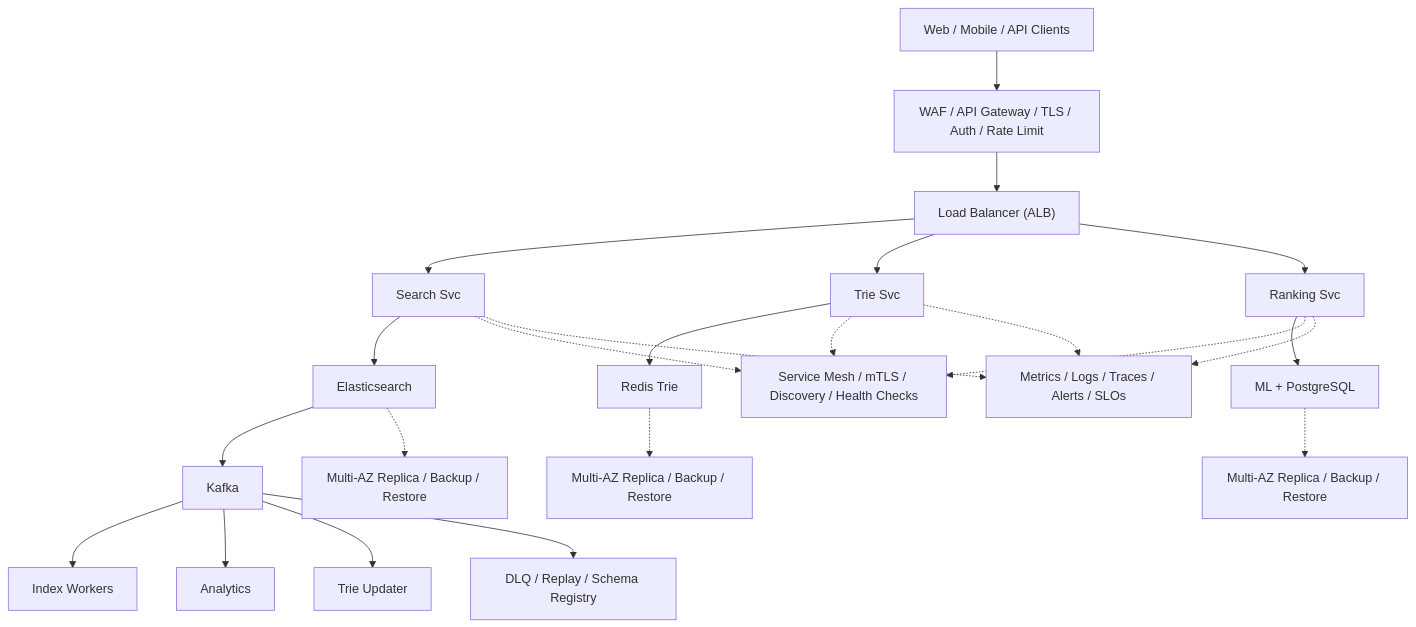
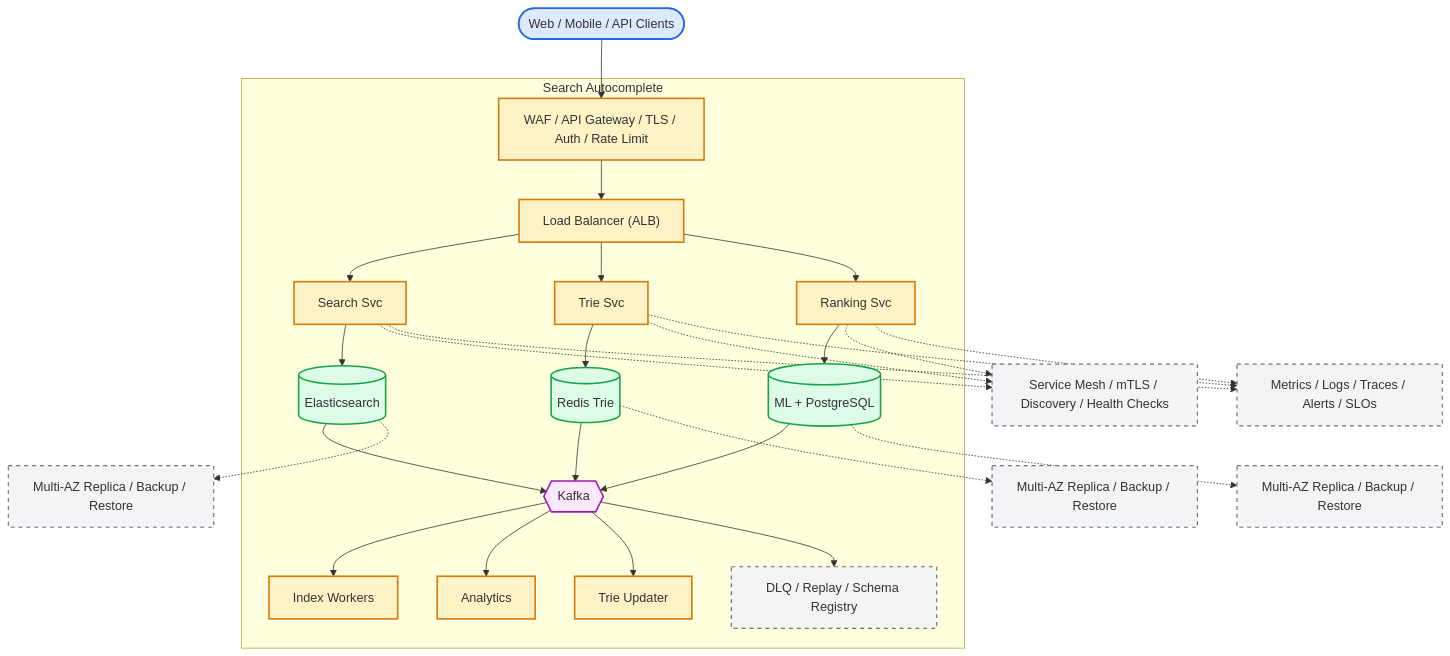
Before and after one commit to aishwary11/system-design: the diagram in system-design-search-autocomplete.md, drawn with Mermaid. The commit also changed other lines of this file and 36 other files, not shown here.

First line of the commit message:
Standardize all diagrams on C4-style Mermaid template

````diff
--- a/system-design-search-autocomplete.md
+++ b/system-design-search-autocomplete.md
@@ -44,25 +44,65 @@
 ```mermaid
 flowchart TB
-    clients["Web / Mobile / API Clients"] --> edge["WAF / API Gateway / TLS / Auth / Rate Limit"]
-    edge --> lb["Load Balancer (ALB)"]
-    lb --> svc0["Search Svc"]
-    lb --> svc1["Trie Svc"]
-    lb --> svc2["Ranking Svc"]
-    svc0 --> store0["Elasticsearch"]
-    svc1 --> store1["Redis Trie"]
-    svc2 --> store2["ML + PostgreSQL"]
-    store0 --> stream["Kafka"]
-    stream --> worker0["Index Workers"]
-    stream --> worker1["Analytics"]
-    stream --> worker2["Trie Updater"]
-    svc0 -.-> platform["Service Mesh / mTLS / Discovery / Health Checks"]
-    svc1 -.-> platform
-    svc2 -.-> platform
-    store0 -.-> backup0["Multi-AZ Replica / Backup / Restore"]
-    store1 -.-> backup1["Multi-AZ Replica / Backup / Restore"]
-    store2 -.-> backup2["Multi-AZ Replica / Backup / Restore"]
-    stream --> dlq["DLQ / Replay / Schema Registry"]
-    svc0 -.-> ops["Metrics / Logs / Traces / Alerts / SLOs"]
+    %% Actors (people)
+    clients(["Web / Mobile / API Clients"])
+
+    %% System boundary - containers owned by the platform
+    subgraph platform["Search Autocomplete"]
+        edge["WAF / API Gateway / TLS / Auth / Rate Limit"]
+        lb["Load Balancer (ALB)"]
+        svc0["Search Svc"]
+        svc1["Trie Svc"]
+        svc2["Ranking Svc"]
+        store0[("Elasticsearch")]
+        store1[("Redis Trie")]
+        store2[("ML + PostgreSQL")]
+        stream{{"Kafka"}}
+        worker0["Index Workers"]
+        worker1["Analytics"]
+        worker2["Trie Updater"]
+        dlq["DLQ / Replay / Schema Registry"]
+    end
+
+    %% Cross-cutting control plane (dashed edges)
+    mesh["Service Mesh / mTLS / Discovery / Health Checks"]
+    ops["Metrics / Logs / Traces / Alerts / SLOs"]
+    backup0["Multi-AZ Replica / Backup / Restore"]
+    backup1["Multi-AZ Replica / Backup / Restore"]
+    backup2["Multi-AZ Replica / Backup / Restore"]
+
+    clients --> edge
+    edge --> lb
+    lb --> svc0
+    lb --> svc1
+    lb --> svc2
+    svc0 --> store0
+    svc1 --> store1
+    svc2 --> store2
+    store0 --> stream
+    store1 --> stream
+    store2 --> stream
+    stream --> worker0
+    stream --> worker1
+    stream --> worker2
+    stream --> dlq
+    svc0 -.-> mesh
+    svc1 -.-> mesh
+    svc2 -.-> mesh
+    svc0 -.-> ops
     svc1 -.-> ops
     svc2 -.-> ops
+    store0 -.-> backup0
+    store1 -.-> backup1
+    store2 -.-> backup2
+
+    classDef actor fill:#dbeafe,stroke:#2563eb,stroke-width:2px
+    classDef service fill:#fef3c7,stroke:#d97706,stroke-width:2px
+    classDef store fill:#dcfce7,stroke:#16a34a,stroke-width:2px
+    classDef broker fill:#fae8ff,stroke:#a21caf,stroke-width:2px
+    classDef control fill:#f3f4f6,stroke:#6b7280,stroke-width:1.5px,stroke-dasharray:5 5
+    class clients actor
+    class edge,lb,svc0,svc1,svc2,worker0,worker1,worker2 service
+    class store0,store1,store2 store
+    class stream broker
+    class dlq,mesh,ops,backup0,backup1,backup2 control
 ```
````
